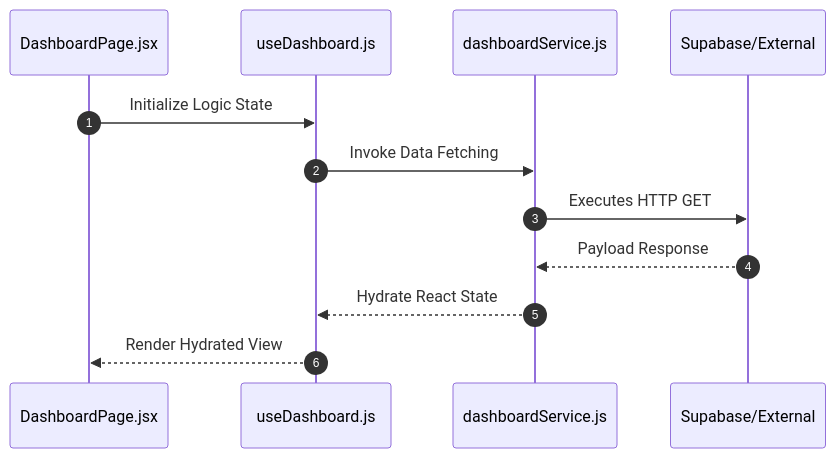
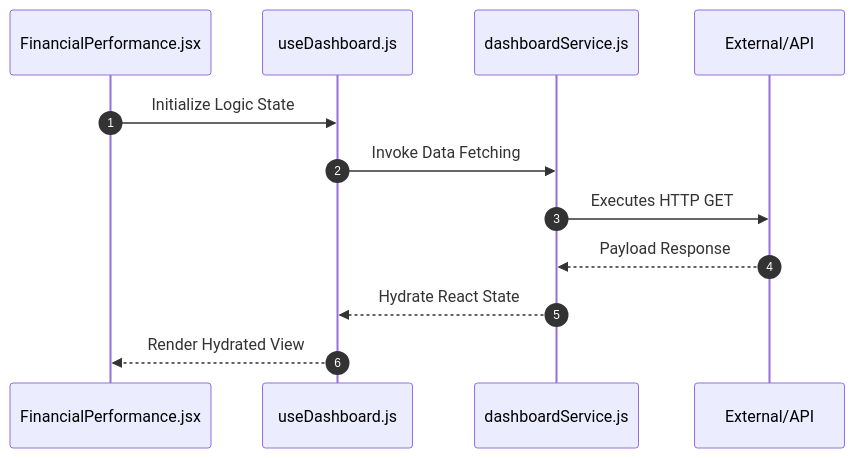
One commit to nexowebai/nexo-superadmin changed the second of 2 diagrams in src/features/dashboard/README.md. Above: the diagram before and after it, drawn with Mermaid. The commit also changed other lines of this file and 18 other files, not shown here.

````diff
--- a/src/features/dashboard/README.md
+++ b/src/features/dashboard/README.md
@@ -43,15 +42,15 @@
 ```mermaid
 sequenceDiagram
 autonumber
-    participant P as DashboardPage.jsx
+    participant P as FinancialPerformance.jsx
     participant H as useDashboard.js
     participant S as dashboardService.js
-    participant API as Supabase/External
+    participant API as External/API
 
     P->>H: Initialize Logic State
     H->>S: Invoke Data Fetching
     S->>API: Executes HTTP GET
     API-->>S: Payload Response
     S-->>H: Hydrate React State
     H-->>P: Render Hydrated View
 ```
````
